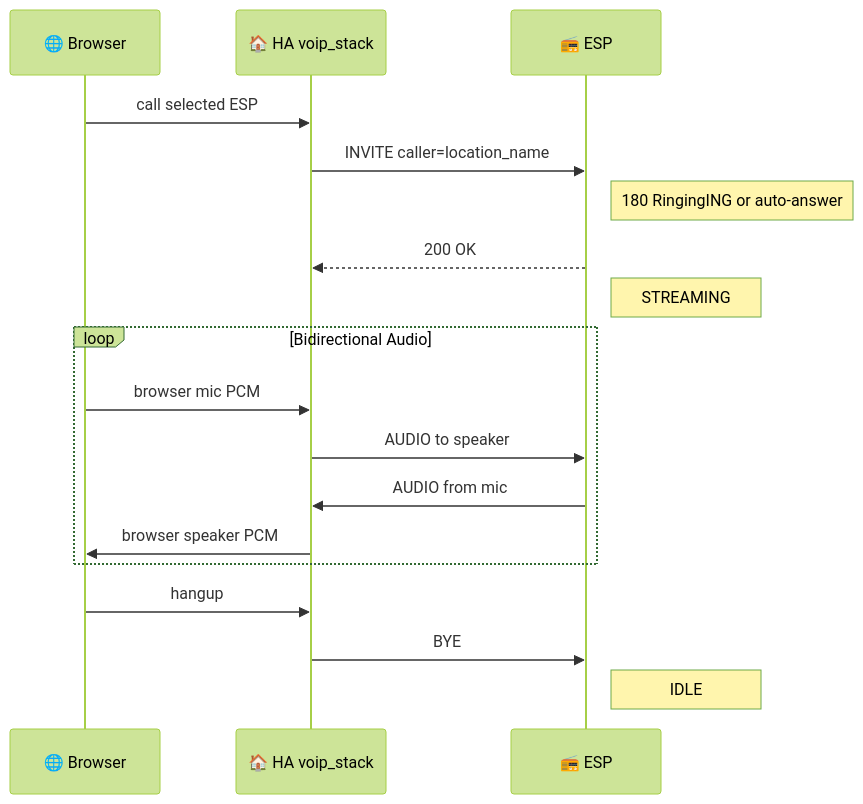
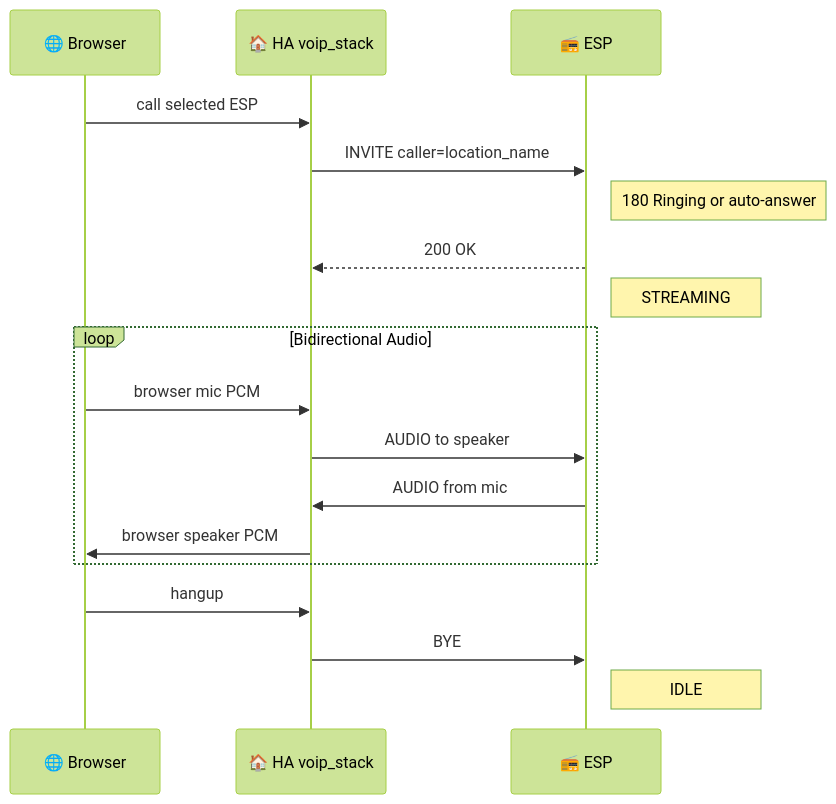
The fourth of 6 diagrams in README.md (csfrussa/esphome-intercom), drawn with Mermaid (forest theme) before and after one commit. The commit also changed other lines of this file, not shown here.

Commit message:
Refactor README flow

````diff
--- a/README.md
+++ b/README.md
@@ -1242,23 +1067,23 @@
 ```mermaid
 sequenceDiagram
     participant B as 🌐 Browser
     participant HA as 🏠 HA voip_stack
     participant E as 📻 ESP
 
     B->>HA: call selected ESP
     HA->>E: INVITE caller=location_name
-    Note right of E: 180 RingingING or auto-answer
+    Note right of E: 180 Ringing or auto-answer
     E-->>HA: 200 OK
     Note right of E: STREAMING
 
     loop Bidirectional Audio
         B->>HA: browser mic PCM
         HA->>E: AUDIO to speaker
         E->>HA: AUDIO from mic
         HA->>B: browser speaker PCM
     end
 
     B->>HA: hangup
     HA->>E: BYE
     Note right of E: IDLE
 ```
````
